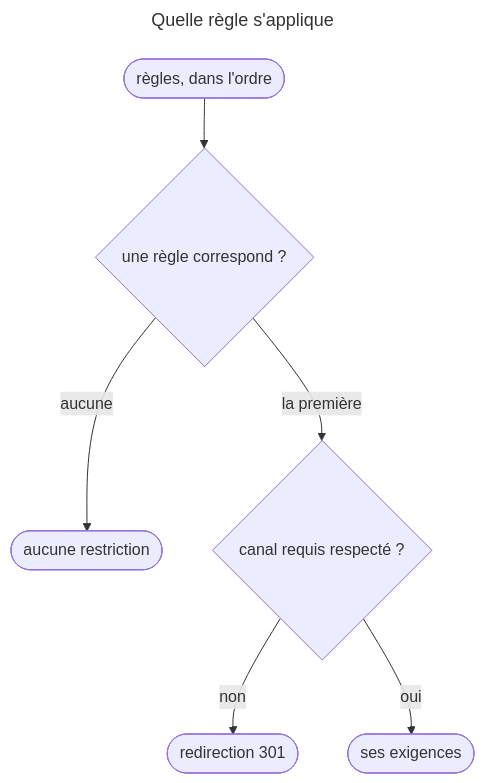
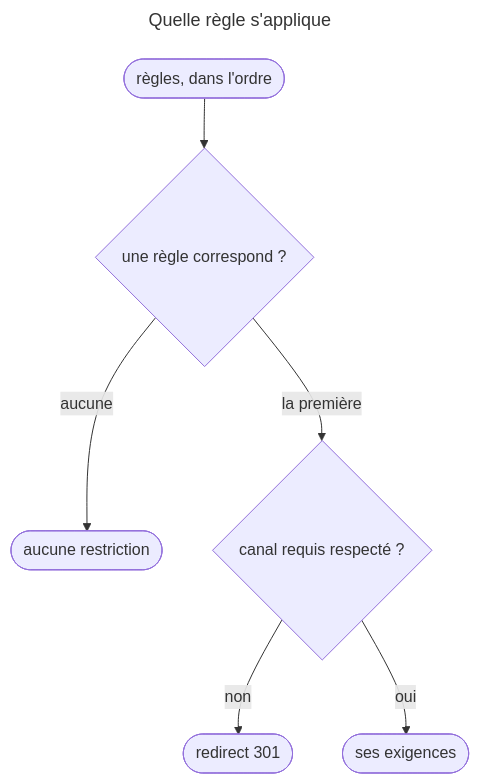
Before and after one commit to jasserYahyaoui/Symfony-8-Certification-Path: the first of 2 diagrams in content/courses/CRS-2ec5yksjfm9s.md, drawn with Mermaid. The commit also changed other lines of this file and 207 other files, not shown here.

````diff
--- a/content/courses/CRS-2ec5yksjfm9s.md
+++ b/content/courses/CRS-2ec5yksjfm9s.md
@@ -99,13 +99,13 @@
 ```mermaid
 ---
 title: Quelle règle s'applique
 ---
 flowchart TD
-  accTitle: Comment access_control choisit la règle d'une requête
-  accDescr: Les règles sont lues dans l'ordre, et la première qui correspond, tous critères réunis, est la seule appliquée. Si aucune ne correspond, access_control ne restreint rien. Si la règle exige un canal, requires_channel, que la requête ne respecte pas, la réponse est une redirection 301. Sinon les exigences de la règle sont examinées.
+  accTitle: Comment access_control choisit la règle d'une Request
+  accDescr: Les règles sont lues dans l'ordre, et la première qui correspond, tous critères réunis, est la seule appliquée. Si aucune ne correspond, access_control ne restreint rien. Si la règle exige un canal, requires_channel, que la Request ne respecte pas, la Response est un redirect 301. Sinon les exigences de la règle sont examinées.
   R(["règles, dans l'ordre"]) --> MATCH{"une règle correspond ?"}
   MATCH -->|"aucune"| FREE(["aucune restriction"])
   MATCH -->|"la première"| CH{"canal requis respecté ?"}
-  CH -->|"non"| R301(["redirection 301"])
+  CH -->|"non"| R301(["redirect 301"])
   CH -->|"oui"| NEXT(["ses exigences"])
 ```
````
